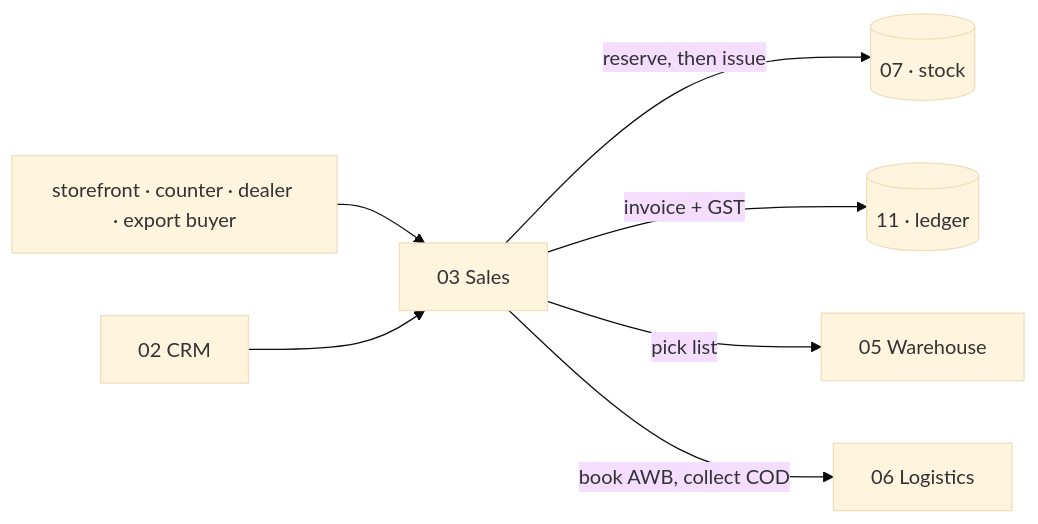
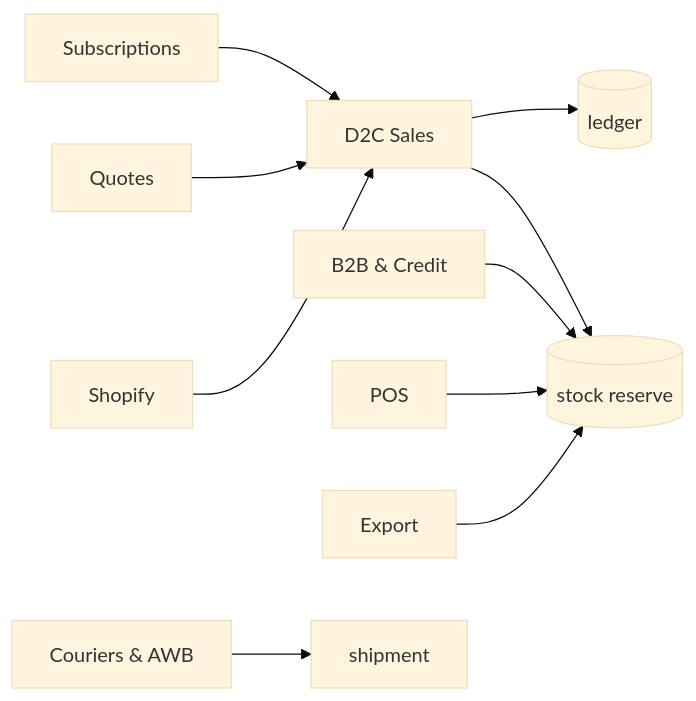
The third of 16 diagrams in VASTRANGAM_MODULES_COMPLETE.md (vastrangam/AI_Content_Engine), drawn with Mermaid (base theme) before and after one commit. The commit also changed other lines of this file and 1 other file, not shown here.

First line of the commit message:
Rewrite module book at app + screen level (78 apps, BUILT/SPEC marked)

````diff
--- a/VASTRANGAM_MODULES_COMPLETE.md
+++ b/VASTRANGAM_MODULES_COMPLETE.md
@@ -262,9 +183,12 @@
 ```mermaid
 flowchart LR
-  W[storefront · counter · dealer · export buyer] --> S[03 Sales]
-  C[02 CRM] --> S
-  S -->|reserve, then issue| INV[(07 · stock)]
-  S -->|invoice + GST| GL[(11 · ledger)]
-  S -->|pick list| WH[05 Warehouse]
-  S -->|book AWB, collect COD| LOG[06 Logistics]
+  WEB[Shopify] --> D2C[D2C Sales]
+  D2C --> INV[(stock reserve)]
+  B2B[B2B & Credit] --> INV
+  POS[POS] --> INV
+  EXP[Export] --> INV
+  D2C --> GL[(ledger)]
+  QUO[Quotes] --> D2C
+  COUR[Couriers & AWB] --> SHIP[shipment]
+  SUB[Subscriptions] --> D2C
 ```
````
